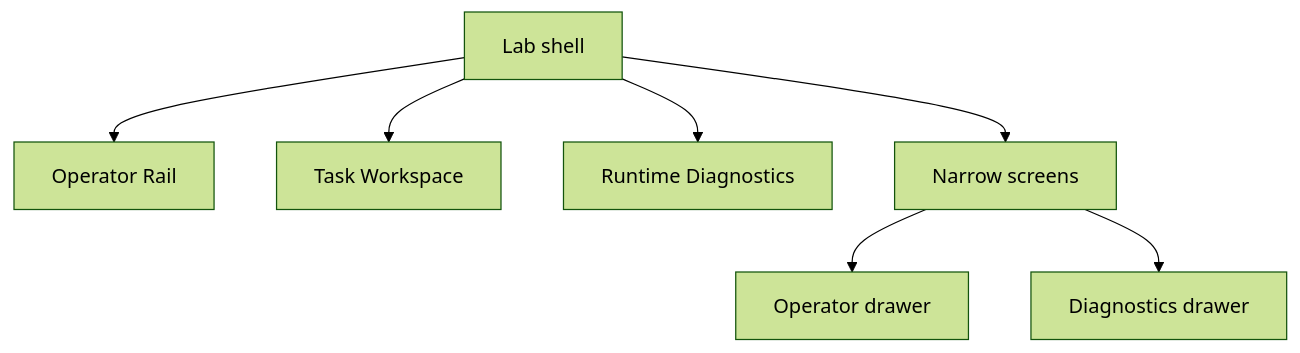
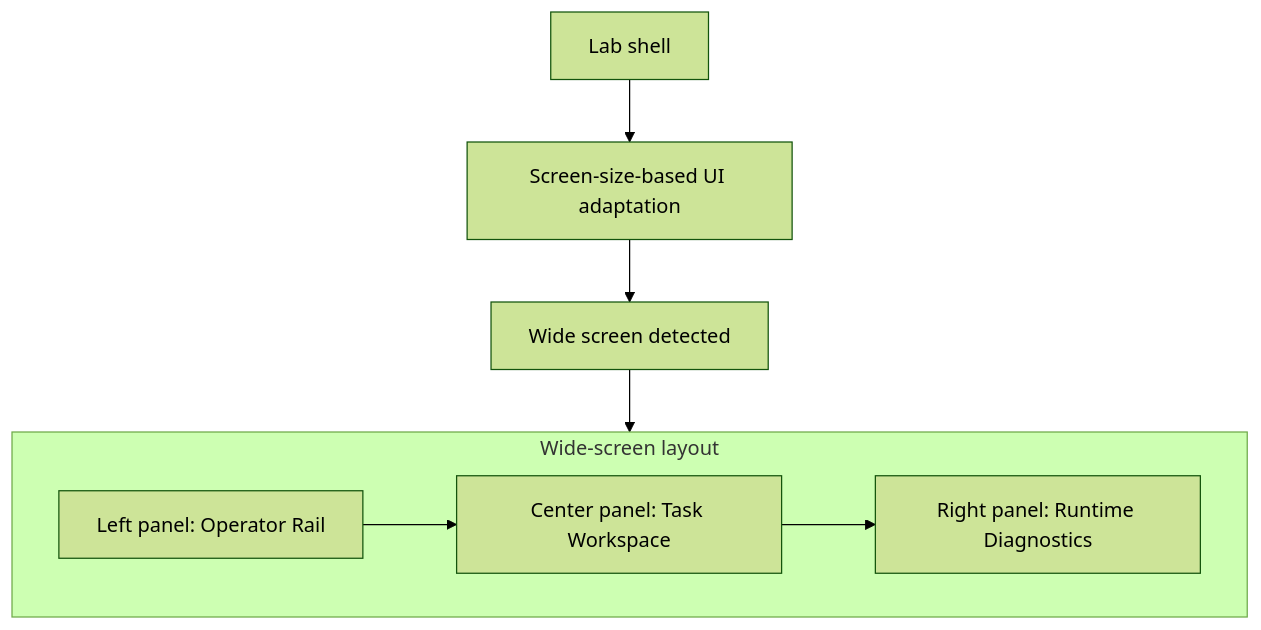
One commit to eliasfeijo/saas-reliability-lab changed the diagram in docs/README.md. Above: the diagram before and after it, drawn with Mermaid (forest theme). The commit also changed 1 other file, not shown here.

Commit message:
docs: refine topology diagrams

````diff
--- a/docs/README.md
+++ b/docs/README.md
@@ -44,10 +44,16 @@
 ```mermaid
 flowchart TD
     Shell["Lab shell"]
-    Shell --> Left["Operator Rail"]
-    Shell --> Center["Task Workspace"]
-    Shell --> Right["Runtime Diagnostics"]
-    Shell --> Narrow["Narrow screens"]
-    Narrow --> LeftDrawer["Operator drawer"]
-    Narrow --> RightDrawer["Diagnostics drawer"]
+    Adapt["Screen-size-based UI adaptation"]
+    Wide["Wide screen detected"]
+
+    Shell --> Adapt
+    Adapt --> Wide
+
+    subgraph WideLayout["Wide-screen layout"]
+        direction LR
+        Left["Left panel: Operator Rail"] --> Center["Center panel: Task Workspace"] --> Right["Right panel: Runtime Diagnostics"]
+    end
+
+    Wide --> Left
 ```
````
